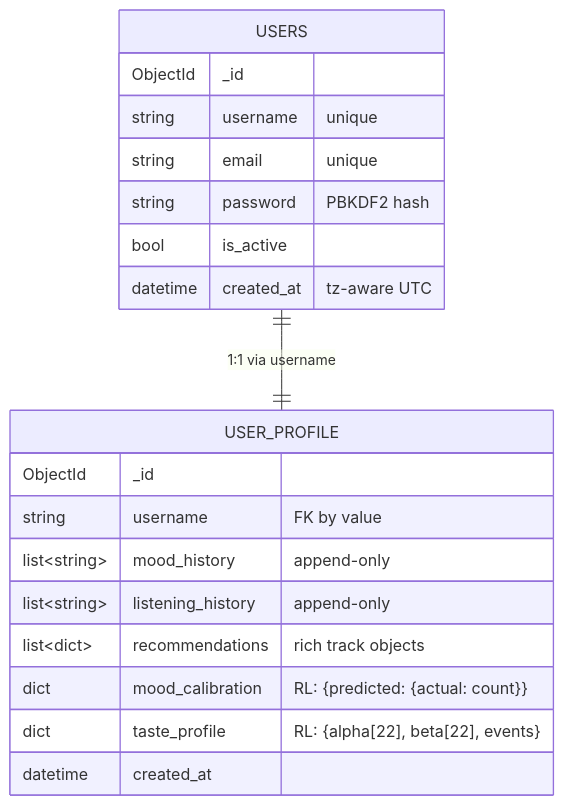
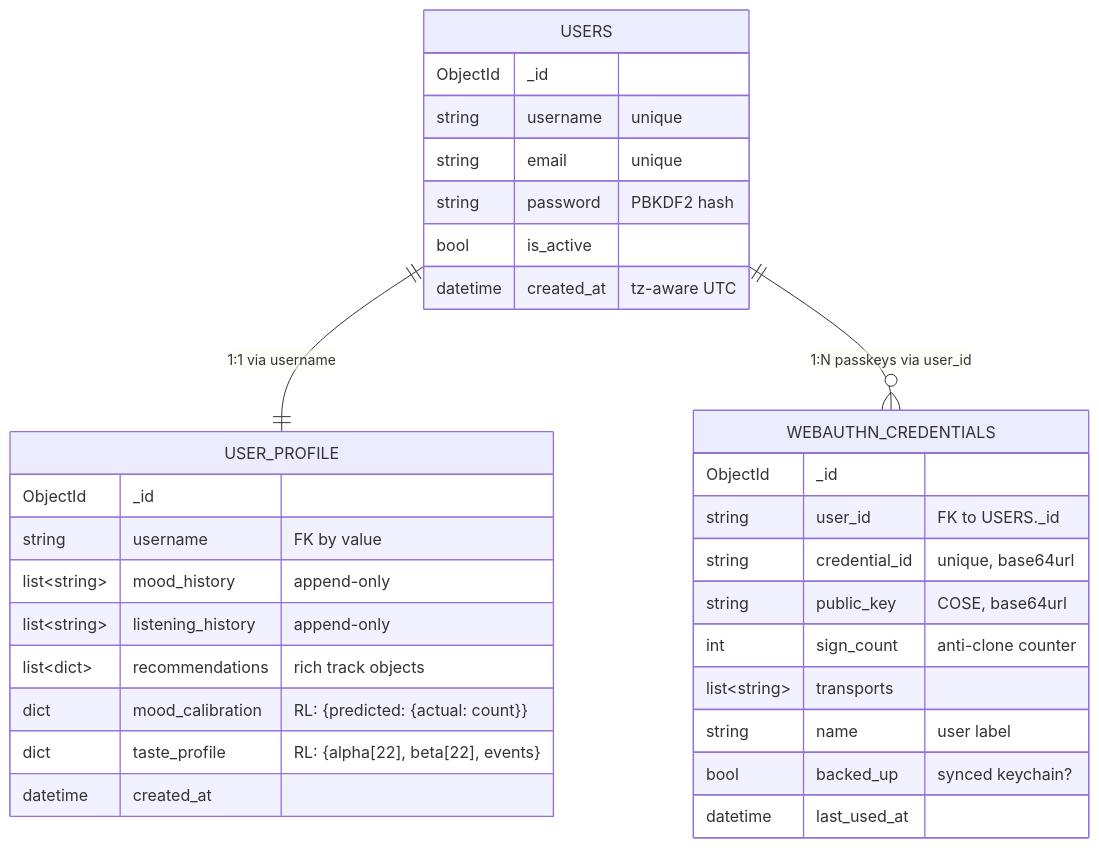
Before and after one commit to hoangsonww/Moodify-Emotion-Music-App: the fourth of 6 diagrams in backend/README.md, drawn with Mermaid. The commit also changed other lines of this file and 6 other files, not shown here.

````diff
--- a/backend/README.md
+++ b/backend/README.md
@@ -204,24 +205,37 @@
 ```mermaid
 erDiagram
     USERS ||--|| USER_PROFILE : "1:1 via username"
+    USERS ||--o{ WEBAUTHN_CREDENTIALS : "1:N passkeys via user_id"
 
     USERS {
         ObjectId _id
         string username "unique"
         string email "unique"
         string password "PBKDF2 hash"
         bool is_active
         datetime created_at "tz-aware UTC"
+    }
+
+    WEBAUTHN_CREDENTIALS {
+        ObjectId _id
+        string user_id "FK to USERS._id"
+        string credential_id "unique, base64url"
+        string public_key "COSE, base64url"
+        int sign_count "anti-clone counter"
+        list~string~ transports
+        string name "user label"
+        bool backed_up "synced keychain?"
+        datetime last_used_at
     }
 
     USER_PROFILE {
         ObjectId _id
         string username "FK by value"
         list~string~ mood_history "append-only"
         list~string~ listening_history "append-only"
         list~dict~ recommendations "rich track objects"
         dict mood_calibration "RL: {predicted: {actual: count}}"
         dict taste_profile "RL: {alpha[22], beta[22], events}"
         datetime created_at
     }
 ```
````
